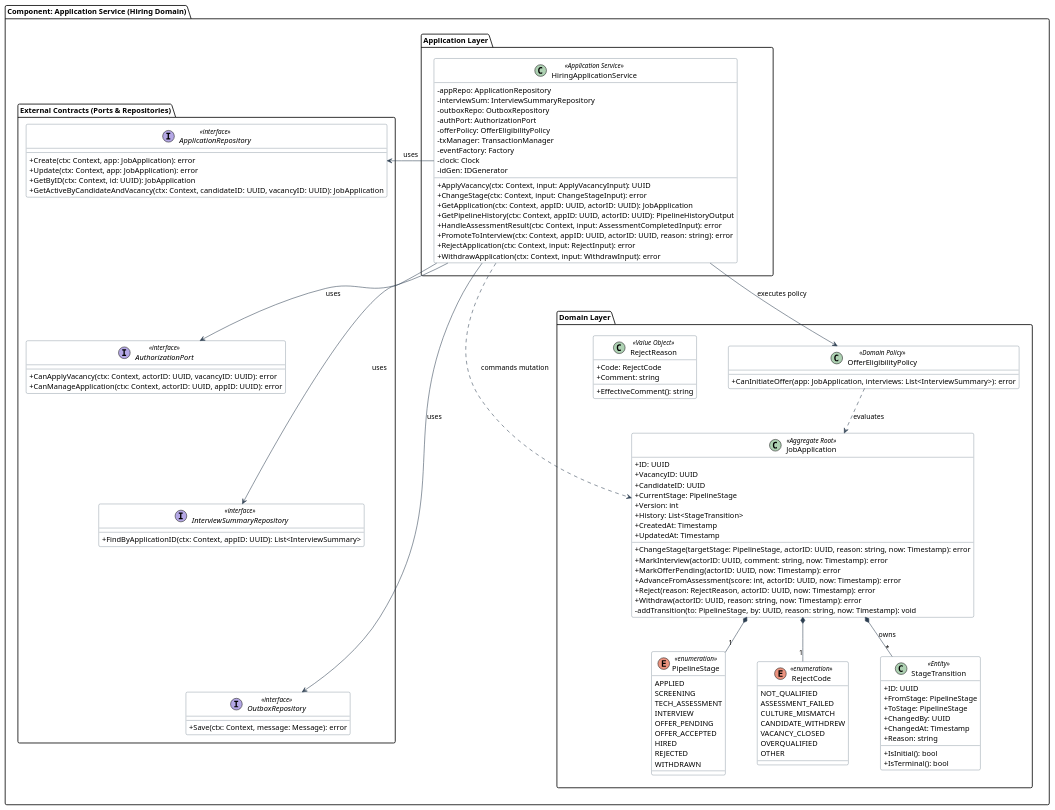
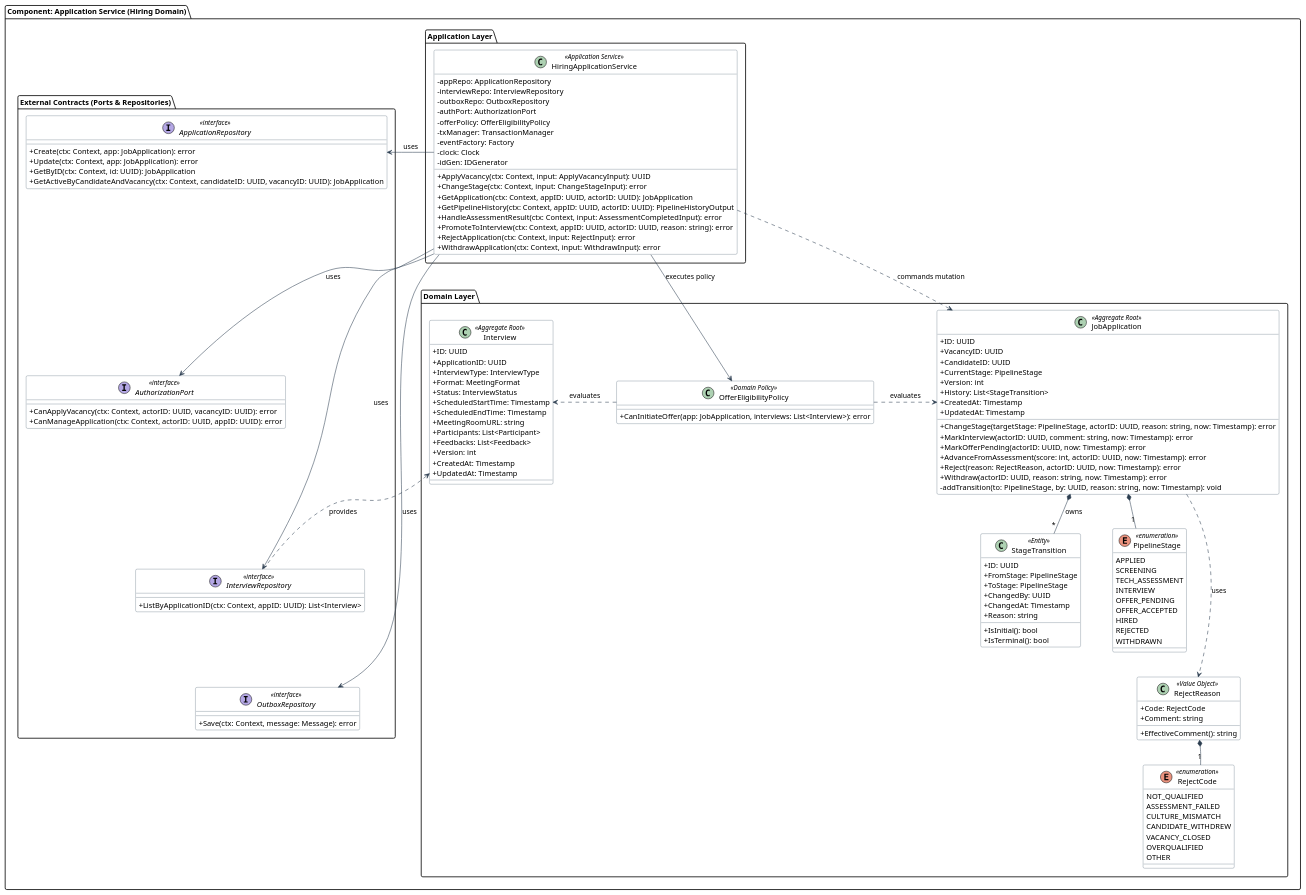
Before and after one commit to krackl1n/careeria: the diagram in docs/architecture/c4-plant-uml/plantuml/code/backend/hiring-application-service.puml, drawn with PlantUML. The commit also changed 25 other files, not shown here.

```diff
--- a/docs/architecture/c4-plant-uml/plantuml/code/backend/hiring-application-service.puml
+++ b/docs/architecture/c4-plant-uml/plantuml/code/backend/hiring-application-service.puml
@@ -1,159 +1,188 @@
 @startuml hiring-application-service-l4
 skinparam classAttributeIconSize 0
 skinparam roundcorner 6
 skinparam shadowing false
 skinparam ranksep 45
 skinparam nodesep 60
 skinparam packagePadding 15
 
 skinparam class {
     BackgroundColor #FFFFFF
     ArrowColor #2C3E50
     BorderColor #34495E
 }
 
 package "Component: Application Service (Hiring Domain)" {
 
     ' ===================================================
     ' 1. ПРИКЛАДНОЙ СЛОЙ (ОРКЕСТРАЦИЯ I/O И ЮЗКЕЙСЫ)
     ' ===================================================
     package "Application Layer" {
         class HiringApplicationService <<Application Service>> {
             - appRepo: ApplicationRepository
-            - interviewSum: InterviewSummaryRepository
+            - interviewRepo: InterviewRepository
             - outboxRepo: OutboxRepository
             - authPort: AuthorizationPort
             - offerPolicy: OfferEligibilityPolicy
             - txManager: TransactionManager
             - eventFactory: Factory
             - clock: Clock
             - idGen: IDGenerator
             + ApplyVacancy(ctx: Context, input: ApplyVacancyInput): UUID
             + ChangeStage(ctx: Context, input: ChangeStageInput): error
             + GetApplication(ctx: Context, appID: UUID, actorID: UUID): JobApplication
             + GetPipelineHistory(ctx: Context, appID: UUID, actorID: UUID): PipelineHistoryOutput
             + HandleAssessmentResult(ctx: Context, input: AssessmentCompletedInput): error
             + PromoteToInterview(ctx: Context, appID: UUID, actorID: UUID, reason: string): error
             + RejectApplication(ctx: Context, input: RejectInput): error
             + WithdrawApplication(ctx: Context, input: WithdrawInput): error
         }
+
     }
 
     ' ===================================================
     ' 2. ДОМЕННЫЙ СЛОЙ (ЧИСТАЯ ЛОГИКА БЕЗ I/O)
     ' ===================================================
     package "Domain Layer" {
 
         class JobApplication <<Aggregate Root>> {
             + ID: UUID
             + VacancyID: UUID
             + CandidateID: UUID
             + CurrentStage: PipelineStage
             + Version: int
             + History: List<StageTransition>
             + CreatedAt: Timestamp
             + UpdatedAt: Timestamp
             + ChangeStage(targetStage: PipelineStage, actorID: UUID, reason: string, now: Timestamp): error
             + MarkInterview(actorID: UUID, comment: string, now: Timestamp): error
             + MarkOfferPending(actorID: UUID, now: Timestamp): error
             + AdvanceFromAssessment(score: int, actorID: UUID, now: Timestamp): error
             + Reject(reason: RejectReason, actorID: UUID, now: Timestamp): error
             + Withdraw(actorID: UUID, reason: string, now: Timestamp): error
             - addTransition(to: PipelineStage, by: UUID, reason: string, now: Timestamp): void
         }
 
         class StageTransition <<Entity>> {
             + ID: UUID
             + FromStage: PipelineStage
             + ToStage: PipelineStage
             + ChangedBy: UUID
             + ChangedAt: Timestamp
             + Reason: string
             + IsInitial(): bool
             + IsTerminal(): bool
         }
 
         class OfferEligibilityPolicy <<Domain Policy>> {
-            + CanInitiateOffer(app: JobApplication, interviews: List<InterviewSummary>): error
+            + CanInitiateOffer(app: JobApplication, interviews: List<Interview>): error
         }
 
         enum PipelineStage <<enumeration>> {
             APPLIED
             SCREENING
             TECH_ASSESSMENT
             INTERVIEW
             OFFER_PENDING
             OFFER_ACCEPTED
             HIRED
             REJECTED
             WITHDRAWN
         }
 
         enum RejectCode <<enumeration>> {
             NOT_QUALIFIED
             ASSESSMENT_FAILED
             CULTURE_MISMATCH
             CANDIDATE_WITHDREW
             VACANCY_CLOSED
             OVERQUALIFIED
             OTHER
         }
 
         class RejectReason <<Value Object>> {
             + Code: RejectCode
             + Comment: string
             + EffectiveComment(): string
         }
 
+        class Interview <<Aggregate Root>> {
+            + ID: UUID
+            + ApplicationID: UUID
+            + InterviewType: InterviewType
+            + Format: MeetingFormat
+            + Status: InterviewStatus
+            + ScheduledStartTime: Timestamp
+            + ScheduledEndTime: Timestamp
+            + MeetingRoomURL: string
+            + Participants: List<Participant>
+            + Feedbacks: List<Feedback>
+            + Version: int
+            + CreatedAt: Timestamp
+            + UpdatedAt: Timestamp
+        }
+
     }
 
     ' ===================================================
     ' 3. ВНЕШНИЕ КОНТРАКТЫ (ПОРТЫ И РЕПОЗИТОРИИ)
     ' ===================================================
     package "External Contracts (Ports & Repositories)" {
         interface ApplicationRepository <<interface>> {
             + Create(ctx: Context, app: JobApplication): error
             + Update(ctx: Context, app: JobApplication): error
             + GetByID(ctx: Context, id: UUID): JobApplication
             + GetActiveByCandidateAndVacancy(ctx: Context, candidateID: UUID, vacancyID: UUID): JobApplication
         }
         interface AuthorizationPort <<interface>> {
             + CanApplyVacancy(ctx: Context, actorID: UUID, vacancyID: UUID): error
             + CanManageApplication(ctx: Context, actorID: UUID, appID: UUID): error
         }
-        interface InterviewSummaryRepository <<interface>> {
-            + FindByApplicationID(ctx: Context, appID: UUID): List<InterviewSummary>
+        interface InterviewRepository <<interface>> {
+            + ListByApplicationID(ctx: Context, appID: UUID): List<Interview>
         }
         interface OutboxRepository <<interface>> {
             + Save(ctx: Context, message: Message): error
         }
     }
 }
 
 ' ========================================================
 ' РАСПОЛОЖЕНИЕ И ВЫРАВНИВАНИЕ
 ' ========================================================
 
-"Application Layer" -[hidden]down-> "Domain Layer"
+HiringApplicationService -[hidden]down-> JobApplication
+
+JobApplication -[hidden]right-> OfferEligibilityPolicy
+OfferEligibilityPolicy -[hidden]right-> Interview
+JobApplication -[hidden]down-> StageTransition
+StageTransition -[hidden]down-> RejectReason
+RejectReason -[hidden]down-> RejectCode
+StageTransition -[hidden]right-> PipelineStage
 
 HiringApplicationService -[hidden]right-> ApplicationRepository
 ApplicationRepository -[hidden]down-> AuthorizationPort
-AuthorizationPort -[hidden]down-> InterviewSummaryRepository
-InterviewSummaryRepository -[hidden]down-> OutboxRepository
+AuthorizationPort -[hidden]down-> InterviewRepository
+InterviewRepository -[hidden]down-> OutboxRepository
+
+Interview -[hidden]right-> ApplicationRepository
 
 ' ========================================================
 ' СВЯЗИ
 ' ========================================================
 
 HiringApplicationService ..> JobApplication : commands mutation
 HiringApplicationService -right-> ApplicationRepository : uses
 HiringApplicationService --> AuthorizationPort : uses
-HiringApplicationService --> InterviewSummaryRepository : uses
+HiringApplicationService --> InterviewRepository : uses
 HiringApplicationService --> OutboxRepository : uses
 JobApplication *-- "*" StageTransition : owns
+JobApplication ..> RejectReason : uses
+InterviewRepository ..> Interview : provides
 JobApplication *-- "1" PipelineStage
-JobApplication *-- "1" RejectCode
+RejectReason *-- "1" RejectCode
 HiringApplicationService --> OfferEligibilityPolicy : executes policy
 OfferEligibilityPolicy ..> JobApplication : evaluates
+OfferEligibilityPolicy ..> Interview : evaluates
 
 @enduml
```
